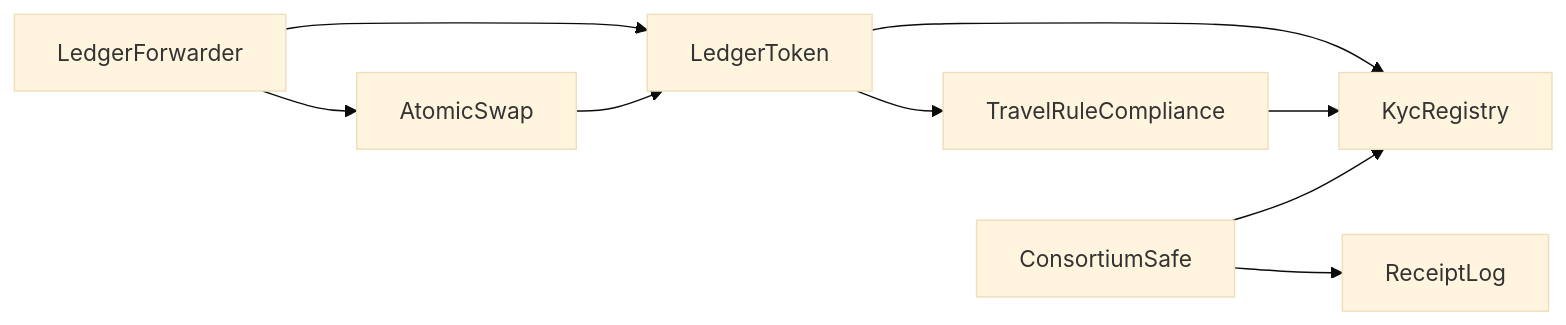
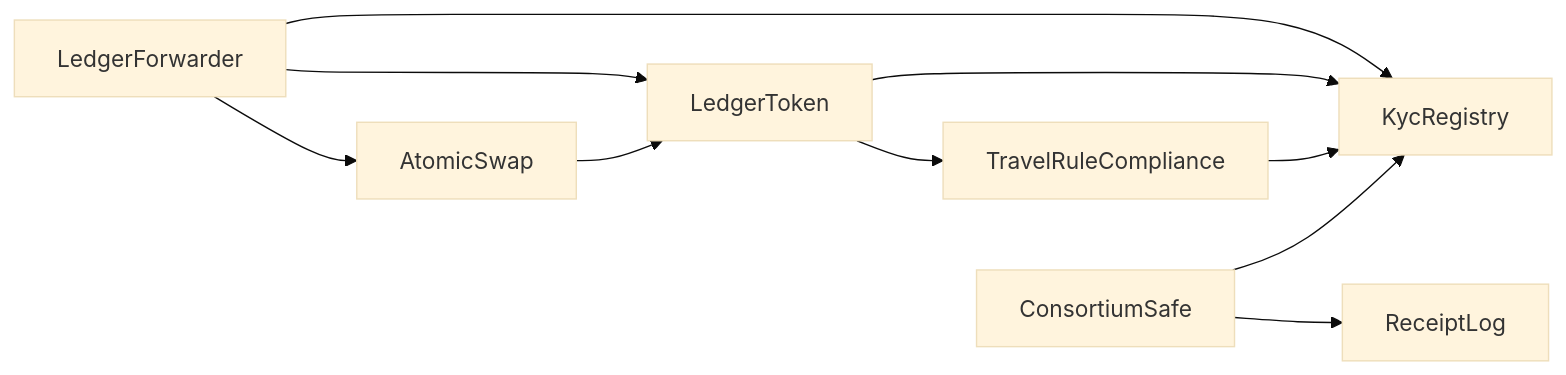
One commit to kuriyosh/ledger-a changed the first of 2 diagrams in docs/03-contracts.md. Above: the diagram before and after it, drawn with Mermaid (base theme). The commit also changed other lines of this file and 13 other files, not shown here.

````diff
--- a/docs/03-contracts.md
+++ b/docs/03-contracts.md
@@ -23,11 +24,12 @@
 ```mermaid
 flowchart LR
   FWD["LedgerForwarder"] --> TOKEN["LedgerToken"]
   FWD --> SWAP["AtomicSwap"]
+  FWD --> REG
   SWAP --> TOKEN
   TOKEN --> REG["KycRegistry"]
   TOKEN --> TRC["TravelRuleCompliance"]
   TRC --> REG
   SAFE["ConsortiumSafe"] --> REG
   SAFE --> RLOG["ReceiptLog"]
 ```
````
